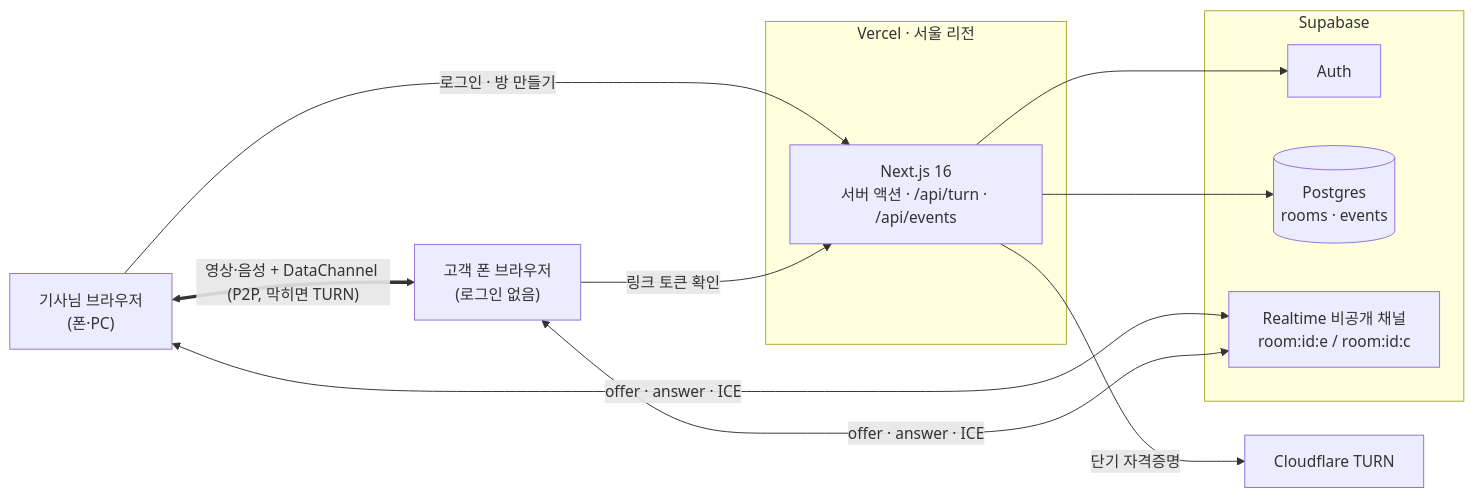
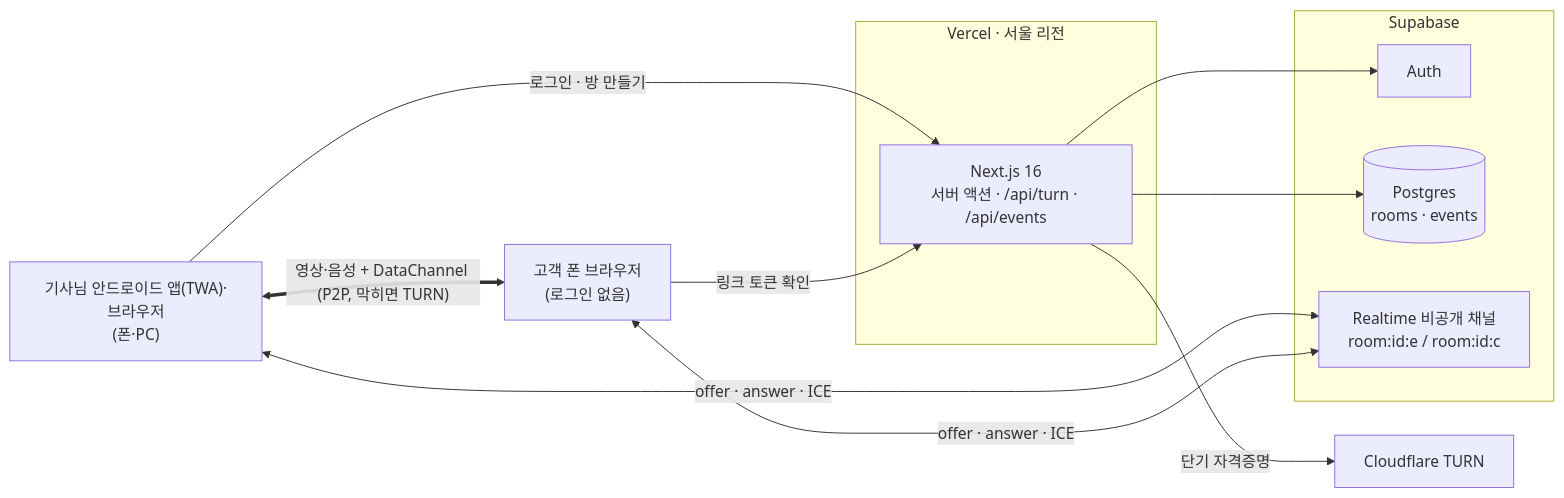
The diagram in README.md (nametwo/bwadrim), drawn with Mermaid before and after one commit. The commit also changed other lines of this file and 4 other files, not shown here.

````diff
--- a/README.md
+++ b/README.md
@@ -104,22 +114,22 @@
 ```mermaid
 flowchart LR
-  E["기사님 브라우저<br/>(폰·PC)"]
+  E["기사님 안드로이드 앱(TWA)·브라우저<br/>(폰·PC)"]
   C["고객 폰 브라우저<br/>(로그인 없음)"]
   subgraph Vercel["Vercel · 서울 리전"]
     N["Next.js 16<br/>서버 액션 · /api/turn · /api/events"]
   end
   subgraph Supabase
     A[Auth]
     DB[("Postgres<br/>rooms · events")]
     RT["Realtime 비공개 채널<br/>room:id:e / room:id:c"]
   end
   T["Cloudflare TURN"]
 
   E -->|로그인 · 방 만들기| N
   C -->|링크 토큰 확인| N
   N --> A & DB
   N -->|단기 자격증명| T
   E <-->|offer · answer · ICE| RT
   C <-->|offer · answer · ICE| RT
   E <==>|"영상·음성 + DataChannel (P2P, 막히면 TURN)"| C
 ```
````
